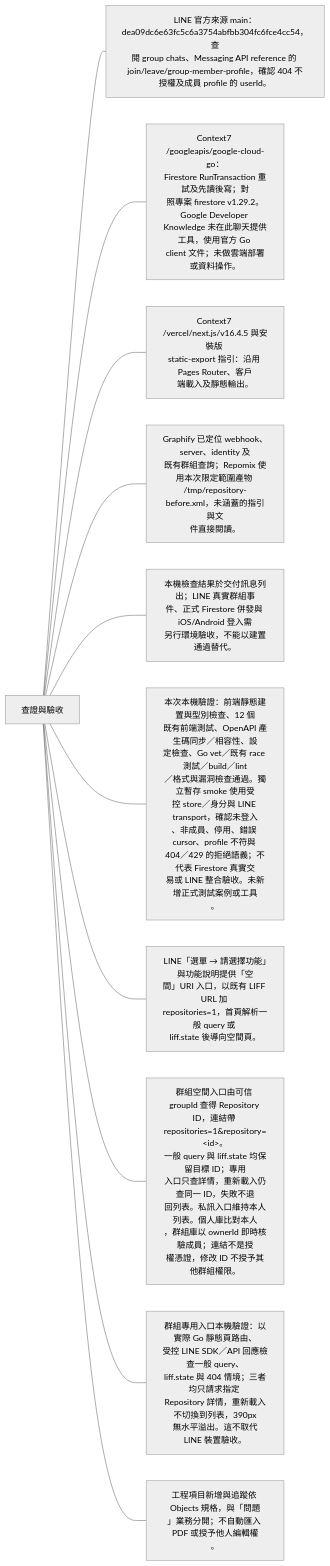
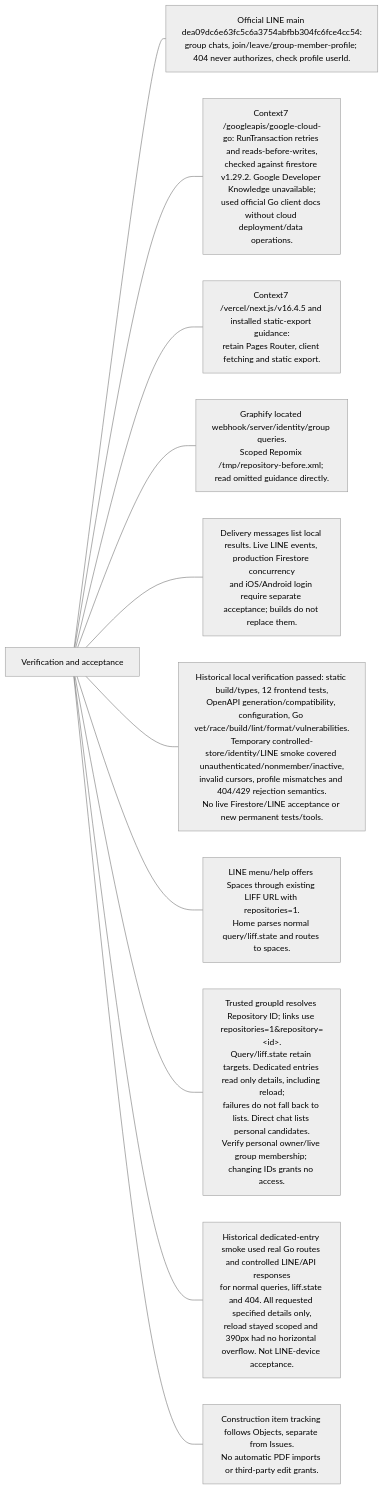
One commit to 963sup/line-mini-app-bot changed the tenth of 12 diagrams in docs/domains/repository/README.md. Above: the diagram before and after it, drawn with Mermaid (neutral theme). The commit also changed other lines of this file and 341 other files, not shown here.

First line of the commit message:
docs: standardize repository guidance and consolidate service references

````diff
--- a/docs/domains/repository/README.md
+++ b/docs/domains/repository/README.md
@@ -177,15 +183,15 @@
 ```mermaid
 flowchart LR
-  h["查證與驗收"]
-  h --- n0["LINE 官方來源 main：<br/>dea09dc6e63fc5c6a3754abfbb304fc6fce4cc54，查<br/>閱 group chats、Messaging API reference 的 <br/>join/leave/group-member-profile，確認 404 不<br/>授權及成員 profile 的 userId。"]
-  h --- n1["Context7 /googleapis/google-cloud-go：<br/>Firestore RunTransaction 重試及先讀後寫；對<br/>照專案 firestore v1.29.2。Google Developer <br/>Knowledge 未在此聊天提供工具，使用官方 Go <br/>client 文件；未做雲端部署或資料操作。"]
-  h --- n2["Context7 /vercel/next.js/v16.4.5 與安裝版 <br/>static-export 指引：沿用 Pages Router、客戶<br/>端載入及靜態輸出。"]
-  h --- n3["Graphify 已定位 webhook、server、identity 及<br/>既有群組查詢；Repomix 使用本次限定範圍產物 <br/>/tmp/repository-before.xml，未涵蓋的指引與文<br/>件直接閱讀。"]
-  h --- n4["本機檢查結果於交付訊息列出；LINE 真實群組事<br/>件、正式 Firestore 併發與 iOS/Android 登入需<br/>另行環境驗收，不能以建置通過替代。"]
-  h --- n5["本次本機驗證：前端靜態建置與型別檢查、12 個<br/>既有前端測試、OpenAPI 產生碼同步／相容性、設<br/>定檢查、Go vet／既有 race 測試／build／lint<br/>／格式與漏洞檢查通過。獨立暫存 smoke 使用受<br/>控 store／身分與 LINE transport，確認未登入<br/>、非成員、停用、錯誤 cursor、profile 不符與 <br/>404／429 的拒絕語義；不代表 Firestore 真實交<br/>易或 LINE 整合驗收。未新增正式測試案例或工具<br/>。"]
-  h --- n6["LINE「選單 → 請選擇功能」與功能說明提供「空<br/>間」URI 入口，以既有 LIFF URL 加 <br/>repositories=1，首頁解析一般 query 或 <br/>liff.state 後導向空間頁。"]
-  h --- n7["群組空間入口由可信 groupId 查得 Repository <br/>ID，連結帶 repositories=1&amp;repository=&lt;id&gt;。<br/>一般 query 與 liff.state 均保留目標 ID；專用<br/>入口只查詳情，重新載入仍查同一 ID，失敗不退<br/>回列表。私訊入口維持本人列表。個人庫比對本人<br/>，群組庫以 ownerId 即時核驗成員；連結不是授<br/>權憑證，修改 ID 不授予其他群組權限。"]
-  h --- n8["群組專用入口本機驗證：以實際 Go 靜態頁路由、<br/>受控 LINE SDK／API 回應檢查一般 query、<br/>liff.state 與 404 情境；三者均只請求指定 <br/>Repository 詳情，重新載入不切換到列表，390px<br/> 無水平溢出。這不取代 LINE 裝置驗收。"]
-  h --- n9["工程項目新增與追蹤依 Objects 規格，與「問題<br/>」業務分開；不自動匯入 PDF 或授予他人編輯權<br/>。"]
+  h["Verification and acceptance"]
+  h --- n0["Official LINE main dea09dc6e63fc5c6a3754abfbb304fc6fce4cc54:<br/>group chats, join/leave/group-member-profile; 404 never authorizes, check profile userId."]
+  h --- n1["Context7 /googleapis/google-cloud-go: RunTransaction retries and reads-before-writes,<br/>checked against firestore v1.29.2. Google Developer Knowledge unavailable;<br/>used official Go client docs without cloud deployment/data operations."]
+  h --- n2["Context7 /vercel/next.js/v16.4.5 and installed static-export guidance:<br/>retain Pages Router, client fetching and static export."]
+  h --- n3["Graphify located webhook/server/identity/group queries.<br/>Scoped Repomix /tmp/repository-before.xml; read omitted guidance directly."]
+  h --- n4["Delivery messages list local results. Live LINE events, production Firestore concurrency<br/>and iOS/Android login require separate acceptance; builds do not replace them."]
+  h --- n5["Historical local verification passed: static build/types, 12 frontend tests,<br/>OpenAPI generation/compatibility, configuration, Go vet/race/build/lint/format/vulnerabilities.<br/>Temporary controlled-store/identity/LINE smoke covered unauthenticated/nonmember/inactive,<br/>invalid cursors, profile mismatches and 404/429 rejection semantics.<br/>No live Firestore/LINE acceptance or new permanent tests/tools."]
+  h --- n6["LINE menu/help offers Spaces through existing LIFF URL with repositories=1.<br/>Home parses normal query/liff.state and routes to spaces."]
+  h --- n7["Trusted groupId resolves Repository ID; links use repositories=1&amp;repository=&lt;id&gt;.<br/>Query/liff.state retain targets. Dedicated entries read only details, including reload;<br/>failures do not fall back to lists. Direct chat lists personal candidates.<br/>Verify personal owner/live group membership; changing IDs grants no access."]
+  h --- n8["Historical dedicated-entry smoke used real Go routes and controlled LINE/API responses<br/>for normal queries, liff.state and 404. All requested specified details only,<br/>reload stayed scoped and 390px had no horizontal overflow. Not LINE-device acceptance."]
+  h --- n9["Construction item tracking follows Objects, separate from Issues.<br/>No automatic PDF imports or third-party edit grants."]
   click n9 "object/design.md"
 ```
````
